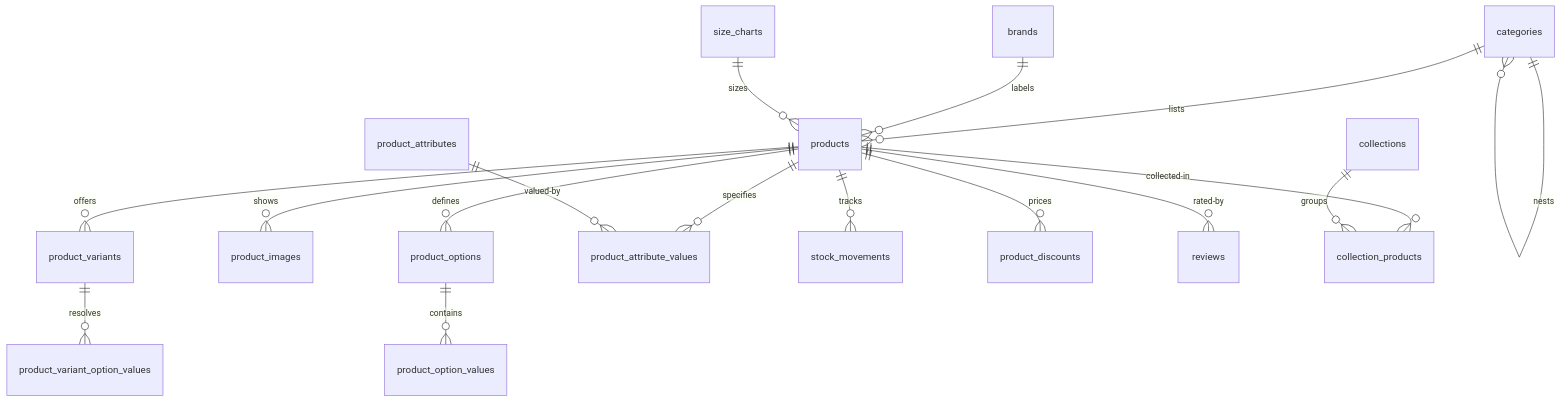
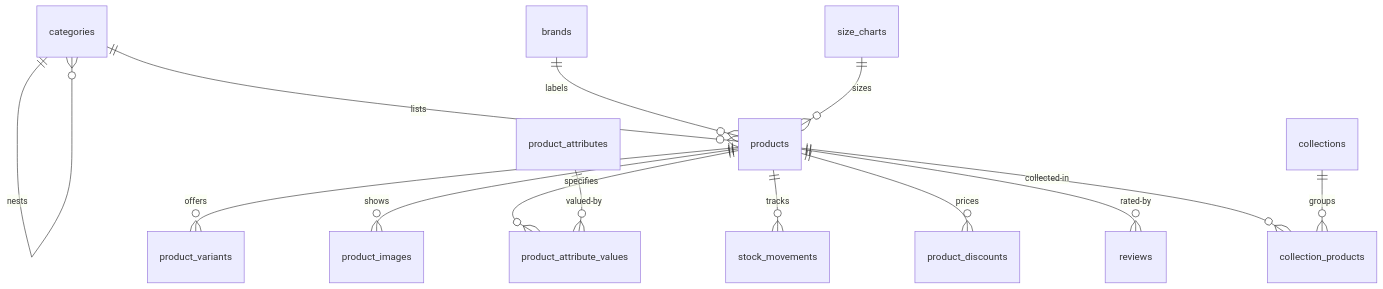
One commit to UnmarriedIdentity/the-unlugged-wear changed the diagram in DOC/backend/04-Catalog.md. Above: the diagram before and after it, drawn with Mermaid. The commit also changed other lines of this file and 4 other files, not shown here.

````diff
--- a/DOC/backend/04-Catalog.md
+++ b/DOC/backend/04-Catalog.md
@@ -289,19 +241,16 @@
 ```mermaid
 erDiagram
     categories ||--o{ categories : nests
     categories ||--o{ products : lists
     brands ||--o{ products : labels
     size_charts ||--o{ products : sizes
     products ||--o{ product_variants : offers
     products ||--o{ product_images : shows
-    products ||--o{ product_options : defines
-    product_options ||--o{ product_option_values : contains
-    product_variants ||--o{ product_variant_option_values : resolves
     products ||--o{ product_attribute_values : specifies
     product_attributes ||--o{ product_attribute_values : valued-by
     products ||--o{ stock_movements : tracks
     products ||--o{ product_discounts : prices
     products ||--o{ reviews : rated-by
     products ||--o{ collection_products : collected-in
     collections ||--o{ collection_products : groups
 ```
````
